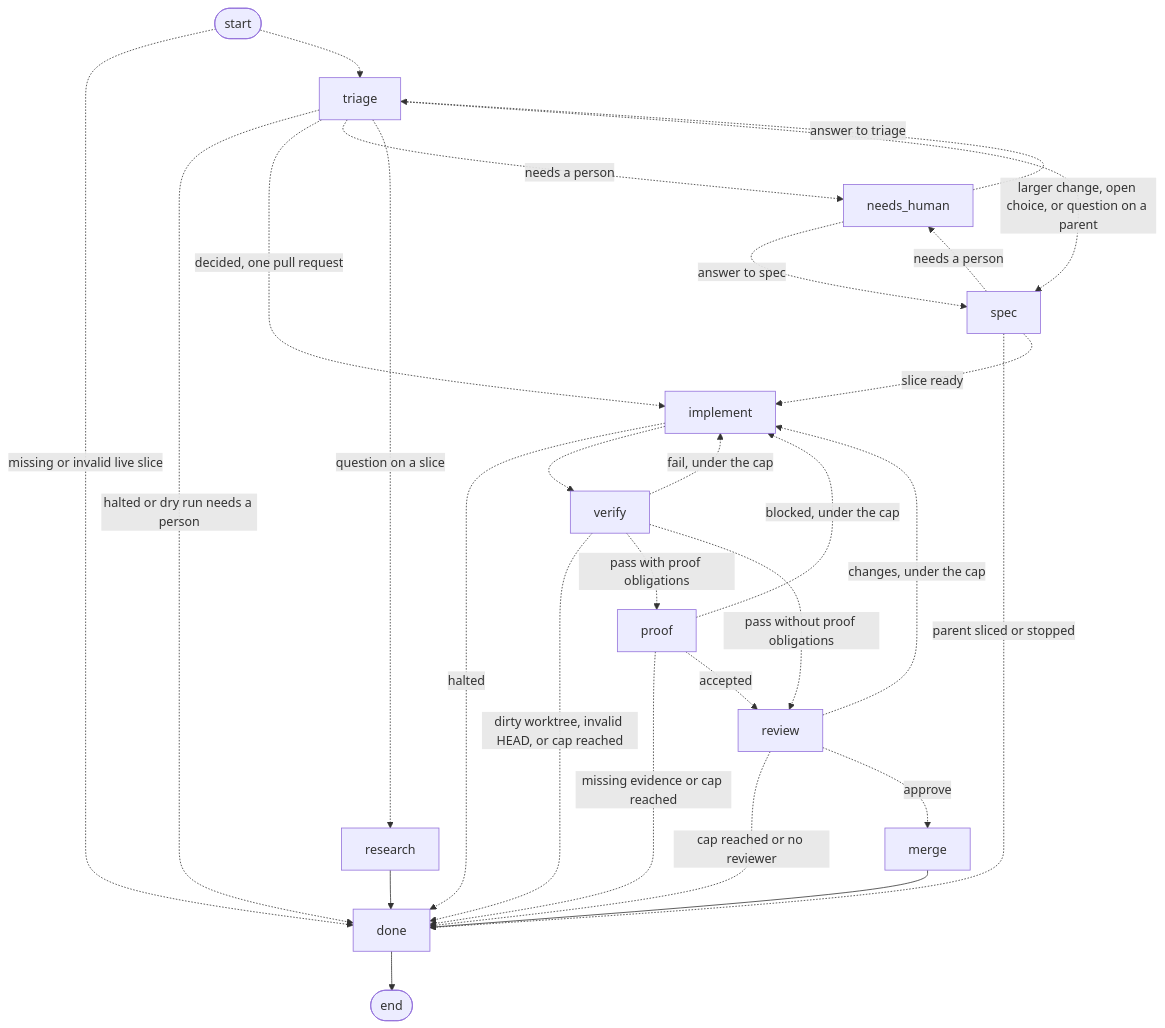
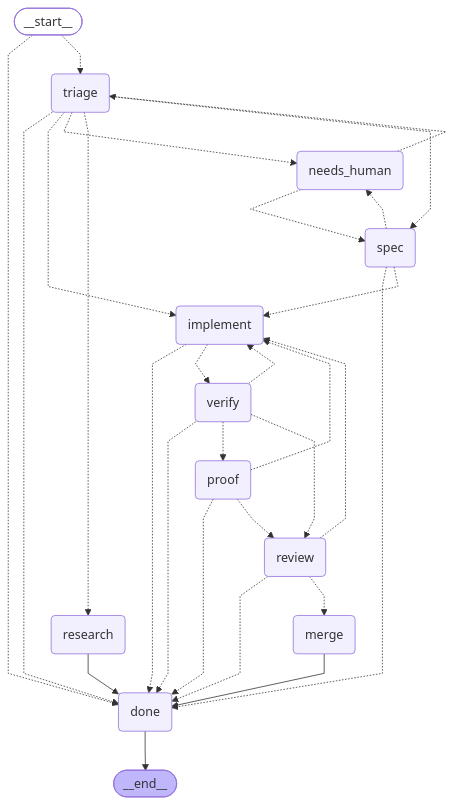
The diagram in README.md (bookout-labs/tools), drawn with Mermaid before and after one commit. The commit also changed other lines of this file and 7 other files, not shown here.

Commit message:
Require proof for small parent issues before review

````diff
--- a/README.md
+++ b/README.md
@@ -9,32 +9,51 @@
 ```mermaid
-flowchart TD
-  __start__([start])
-  __end__([end])
-  __start__ -. missing or invalid live slice .-> done
-  __start__ -.-> triage
-  implement -. halted .-> done
-  implement -.-> verify
-  merge --> done
-  needs_human -. answer to spec .-> spec
-  needs_human -. answer to triage .-> triage
-  proof -. missing evidence or cap reached .-> done
-  proof -. blocked, under the cap .-> implement
-  proof -. accepted .-> review
-  research --> done
-  review -. cap reached or no reviewer .-> done
-  review -. changes, under the cap .-> implement
-  review -. approve .-> merge
-  spec -. parent sliced or stopped .-> done
-  spec -. slice ready .-> implement
-  spec -. needs a person .-> needs_human
-  triage -. halted or dry run needs a person .-> done
-  triage -. decided, one pull request .-> implement
-  triage -. needs a person .-> needs_human
-  triage -. question on a slice .-> research
-  triage -. larger change, open choice, or question on a parent .-> spec
-  verify -. dirty worktree, invalid HEAD, or cap reached .-> done
-  verify -. fail, under the cap .-> implement
-  verify -. pass with proof obligations .-> proof
-  verify -. pass without proof obligations .-> review
-  done --> __end__
+---
+config:
+  flowchart:
+    curve: linear
+---
+graph TD;
+	__start__([<p>__start__</p>]):::first
+	triage(triage)
+	research(research)
+	spec(spec)
+	implement(implement)
+	verify(verify)
+	review(review)
+	proof(proof)
+	needs_human(needs_human)
+	merge(merge)
+	done(done)
+	__end__([<p>__end__</p>]):::last
+	__start__ -.-> done;
+	__start__ -.-> triage;
+	implement -.-> done;
+	implement -.-> verify;
+	merge --> done;
+	needs_human -.-> spec;
+	needs_human -.-> triage;
+	proof -.-> done;
+	proof -.-> implement;
+	proof -.-> review;
+	research --> done;
+	review -.-> done;
+	review -.-> implement;
+	review -.-> merge;
+	spec -.-> done;
+	spec -.-> implement;
+	spec -.-> needs_human;
+	triage -.-> done;
+	triage -.-> implement;
+	triage -.-> needs_human;
+	triage -.-> research;
+	triage -.-> spec;
+	verify -.-> done;
+	verify -.-> implement;
+	verify -.-> proof;
+	verify -.-> review;
+	done --> __end__;
+	classDef default fill:#f2f0ff,line-height:1.2
+	classDef first fill-opacity:0
+	classDef last fill:#bfb6fc
+
 ```
````
